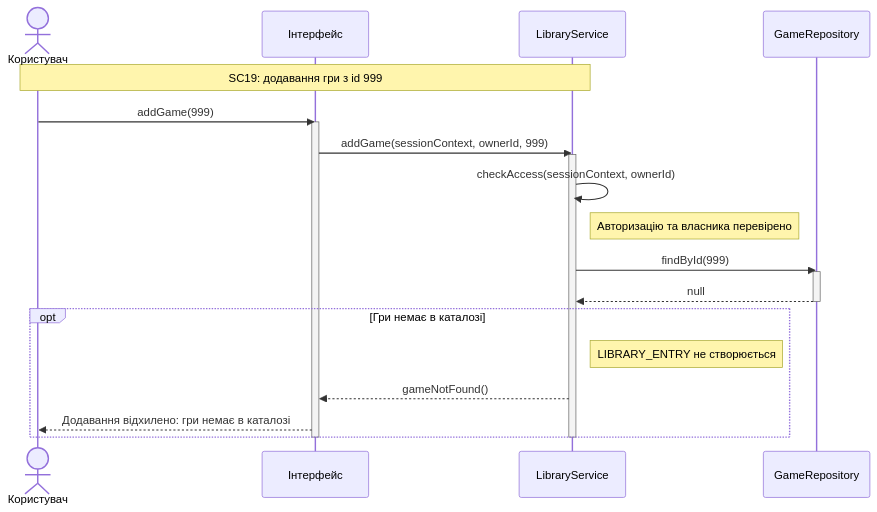
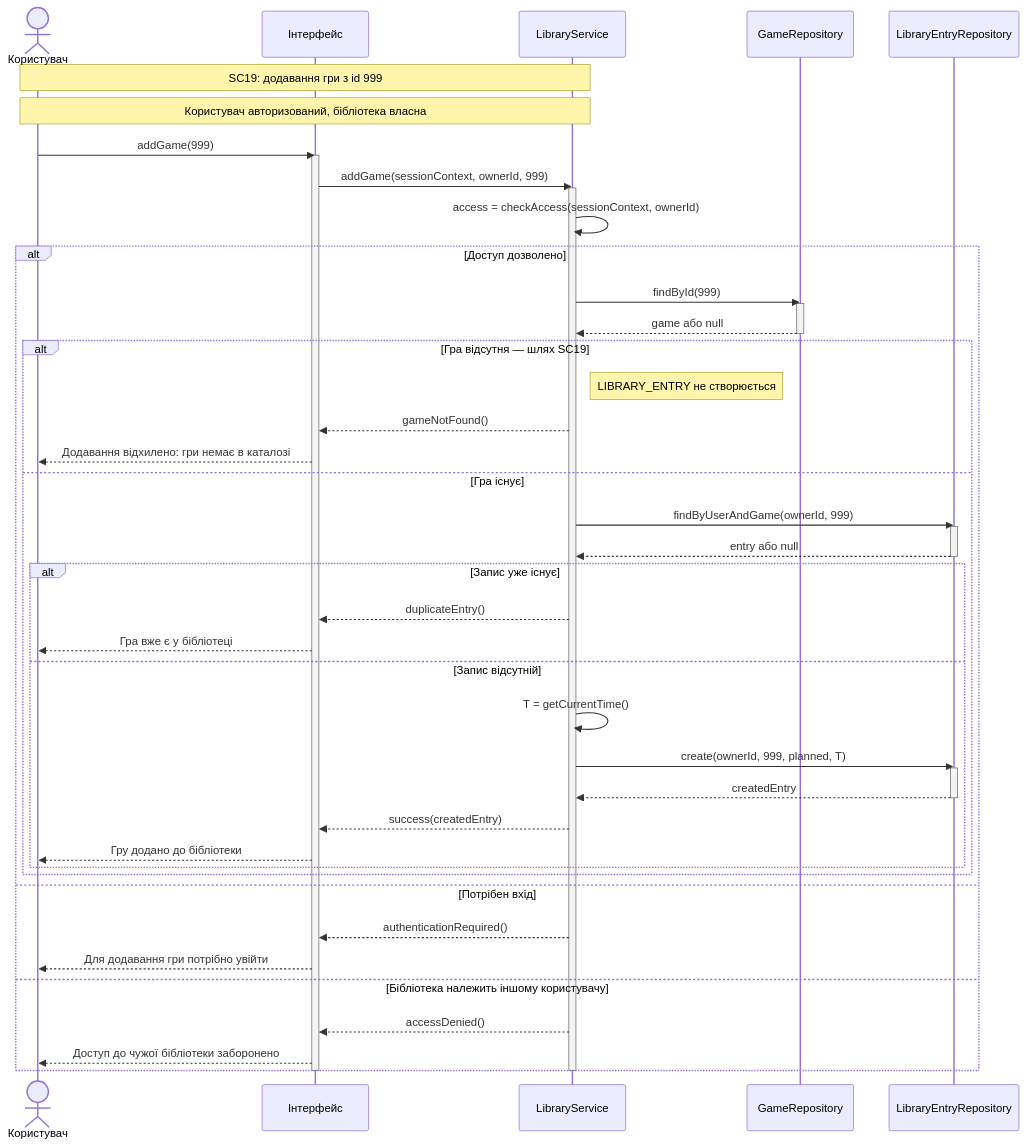
Before and after one commit to Bbg0kif/KPI: the diagram in Lab3/sc19-game-not-found.mmd, drawn with Mermaid. The commit also changed 1 other file, not shown here.

```diff
--- a/Lab3/sc19-game-not-found.mmd
+++ b/Lab3/sc19-game-not-found.mmd
@@ -1,29 +1,60 @@
 sequenceDiagram
     actor User as Користувач
     participant UI as Інтерфейс
     participant LS as LibraryService
     participant GR as GameRepository
+    participant LR as LibraryEntryRepository
 
     Note over User,LS: SC19: додавання гри з id 999
+    Note over User,LS: Користувач авторизований, бібліотека власна
 
     User->>UI: addGame(999)
     activate UI
     UI->>LS: addGame(sessionContext, ownerId, 999)
     activate LS
 
-    LS->>LS: checkAccess(sessionContext, ownerId)
-    Note right of LS: Авторизацію та власника перевірено
+    LS->>LS: access = checkAccess(sessionContext, ownerId)
 
-    LS->>GR: findById(999)
-    activate GR
-    GR-->>LS: null
-    deactivate GR
+    alt Доступ дозволено
+        LS->>GR: findById(999)
+        activate GR
+        GR-->>LS: game або null
+        deactivate GR
 
-    opt Гри немає в каталозі
-        Note right of LS: LIBRARY_ENTRY не створюється
-        LS-->>UI: gameNotFound()
-        UI-->>User: Додавання відхилено: гри немає в каталозі
+        alt Гра відсутня — шлях SC19
+            Note right of LS: LIBRARY_ENTRY не створюється
+            LS-->>UI: gameNotFound()
+            UI-->>User: Додавання відхилено: гри немає в каталозі
+
+        else Гра існує
+            LS->>LR: findByUserAndGame(ownerId, 999)
+            activate LR
+            LR-->>LS: entry або null
+            deactivate LR
+
+            alt Запис уже існує
+                LS-->>UI: duplicateEntry()
+                UI-->>User: Гра вже є у бібліотеці
+
+            else Запис відсутній
+                LS->>LS: T = getCurrentTime()
+                LS->>LR: create(ownerId, 999, planned, T)
+                activate LR
+                LR-->>LS: createdEntry
+                deactivate LR
+                LS-->>UI: success(createdEntry)
+                UI-->>User: Гру додано до бібліотеки
+            end
+        end
+
+    else Потрібен вхід
+        LS-->>UI: authenticationRequired()
+        UI-->>User: Для додавання гри потрібно увійти
+
+    else Бібліотека належить іншому користувачу
+        LS-->>UI: accessDenied()
+        UI-->>User: Доступ до чужої бібліотеки заборонено
     end
 
     deactivate LS
     deactivate UI
```
